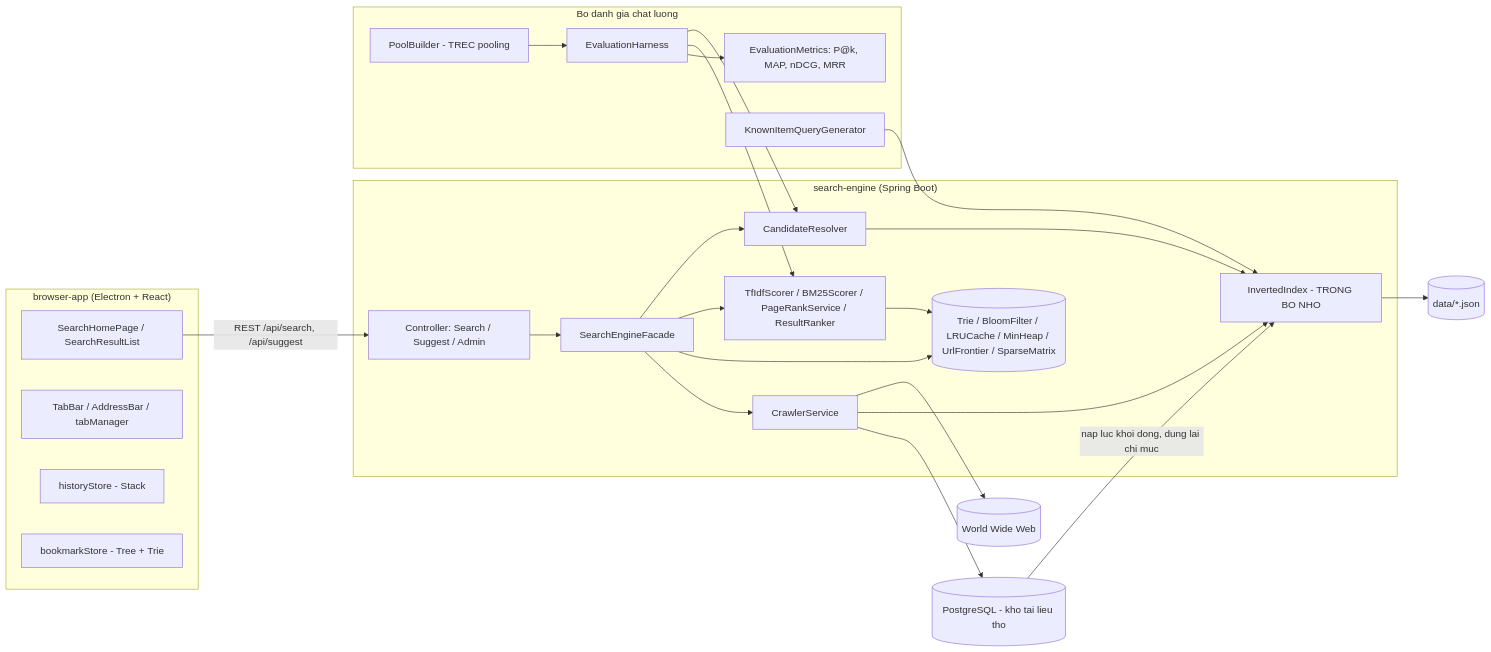
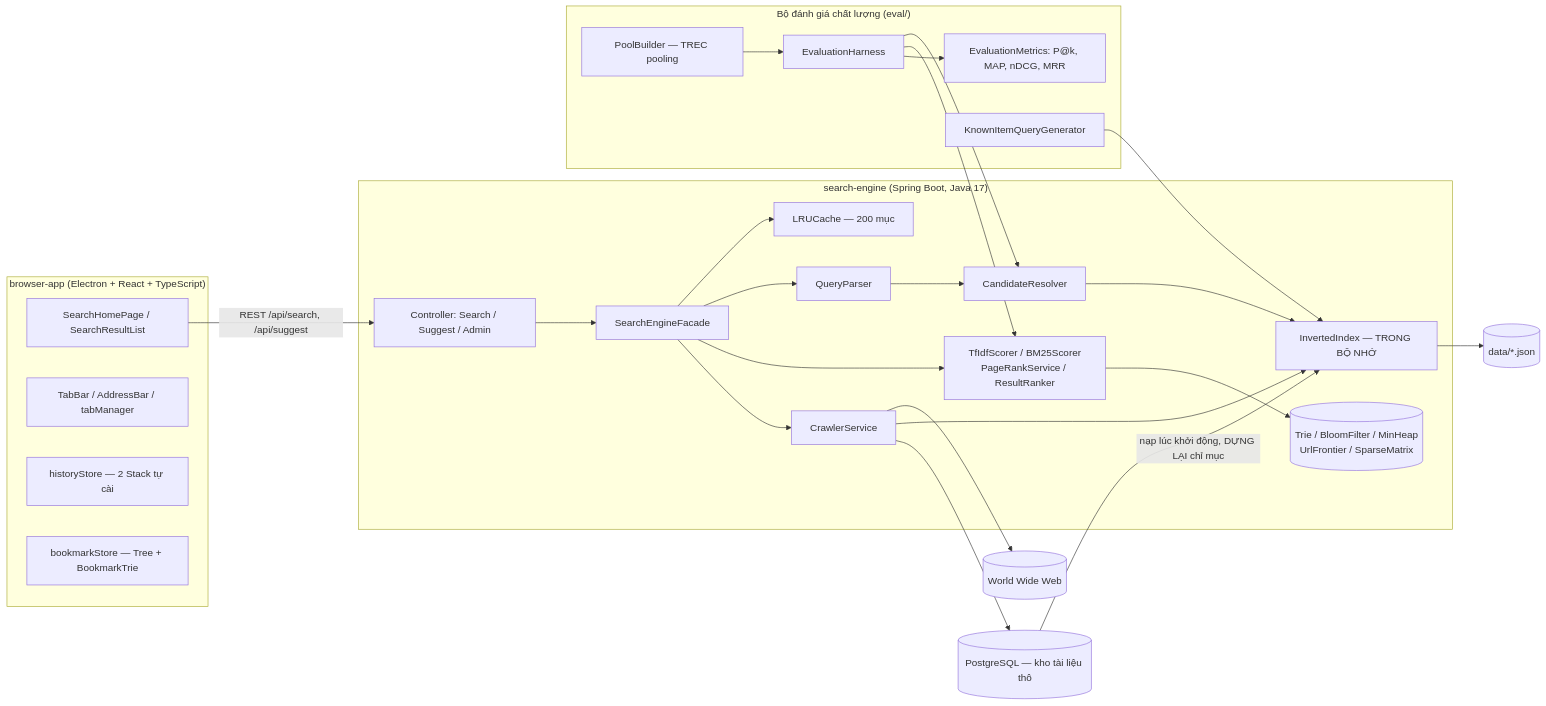
One commit to KietAnhCS/CocCoc-Plus changed the first of 7 diagrams in docs/ARCHITECTURE.md. Above: the diagram before and after it, drawn with Mermaid. The commit also changed other lines of this file and 8 other files, not shown here.

````diff
--- a/docs/ARCHITECTURE.md
+++ b/docs/ARCHITECTURE.md
@@ -5,49 +52,52 @@
 ```mermaid
 flowchart LR
-    subgraph Electron["browser-app (Electron + React)"]
+    subgraph Electron["browser-app (Electron + React + TypeScript)"]
         UI[SearchHomePage / SearchResultList]
         Tabs[TabBar / AddressBar / tabManager]
-        Hist[historyStore - Stack]
-        Bkm[bookmarkStore - Tree + Trie]
+        Hist["historyStore — 2 Stack tự cài"]
+        Bkm["bookmarkStore — Tree + BookmarkTrie"]
     end
 
-    subgraph Backend["search-engine (Spring Boot)"]
-        Ctl[Controller: Search / Suggest / Admin]
+    subgraph Backend["search-engine (Spring Boot, Java 17)"]
+        Ctl["Controller: Search / Suggest / Admin"]
         Facade[SearchEngineFacade]
+        Cache["LRUCache — 200 mục"]
         Crawl[CrawlerService]
+        QP[QueryParser]
         Resolve[CandidateResolver]
-        Idx[InvertedIndex - TRONG BO NHO]
-        Rank[TfIdfScorer / BM25Scorer / PageRankService / ResultRanker]
-        DS[(Trie / BloomFilter / LRUCache / MinHeap / UrlFrontier / SparseMatrix)]
+        Idx["InvertedIndex — TRONG BỘ NHỚ"]
+        Rank["TfIdfScorer / BM25Scorer<br/>PageRankService / ResultRanker"]
+        DS[("Trie / BloomFilter / MinHeap<br/>UrlFrontier / SparseMatrix")]
     end
 
-    subgraph Eval["Bo danh gia chat luong"]
+    subgraph Eval["Bộ đánh giá chất lượng (eval/)"]
         Harness[EvaluationHarness]
-        Metrics[EvaluationMetrics: P@k, MAP, nDCG, MRR]
+        Metrics["EvaluationMetrics: P@k, MAP, nDCG, MRR"]
         Known[KnownItemQueryGenerator]
-        Pool[PoolBuilder - TREC pooling]
+        Pool["PoolBuilder — TREC pooling"]
     end
 
     Web[(World Wide Web)]
-    Data[(data/*.json)]
-    PG[(PostgreSQL - kho tai lieu tho)]
+    Data[("data/*.json")]
+    PG[("PostgreSQL — kho tài liệu thô")]
 
-    UI -->|REST /api/search, /api/suggest| Ctl
+    UI -->|"REST /api/search, /api/suggest"| Ctl
     Ctl --> Facade
-    Facade --> Resolve
+    Facade --> Cache
+    Facade --> QP
+    QP --> Resolve
     Resolve --> Idx
     Facade --> Rank
-    Facade --> DS
+    Rank --> DS
+    Facade --> Crawl
     Crawl --> Web
-    Facade --> Crawl
     Crawl --> Idx
     Idx --> Data
     Crawl --> PG
-    PG -->|nap luc khoi dong, dung lai chi muc| Idx
-    Rank --> DS
+    PG -->|"nạp lúc khởi động, DỰNG LẠI chỉ mục"| Idx
+    Known --> Idx
     Harness --> Resolve
     Harness --> Rank
-    Known --> Idx
     Harness --> Metrics
     Pool --> Harness
 ```
````
